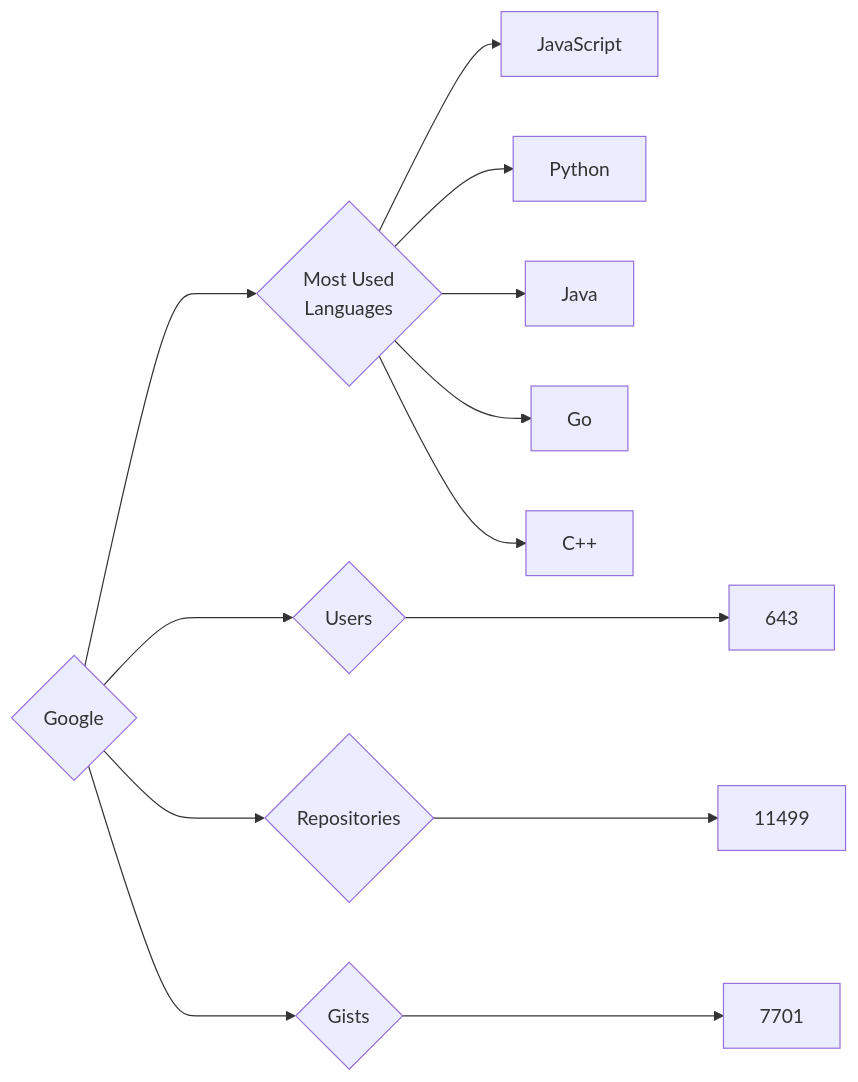
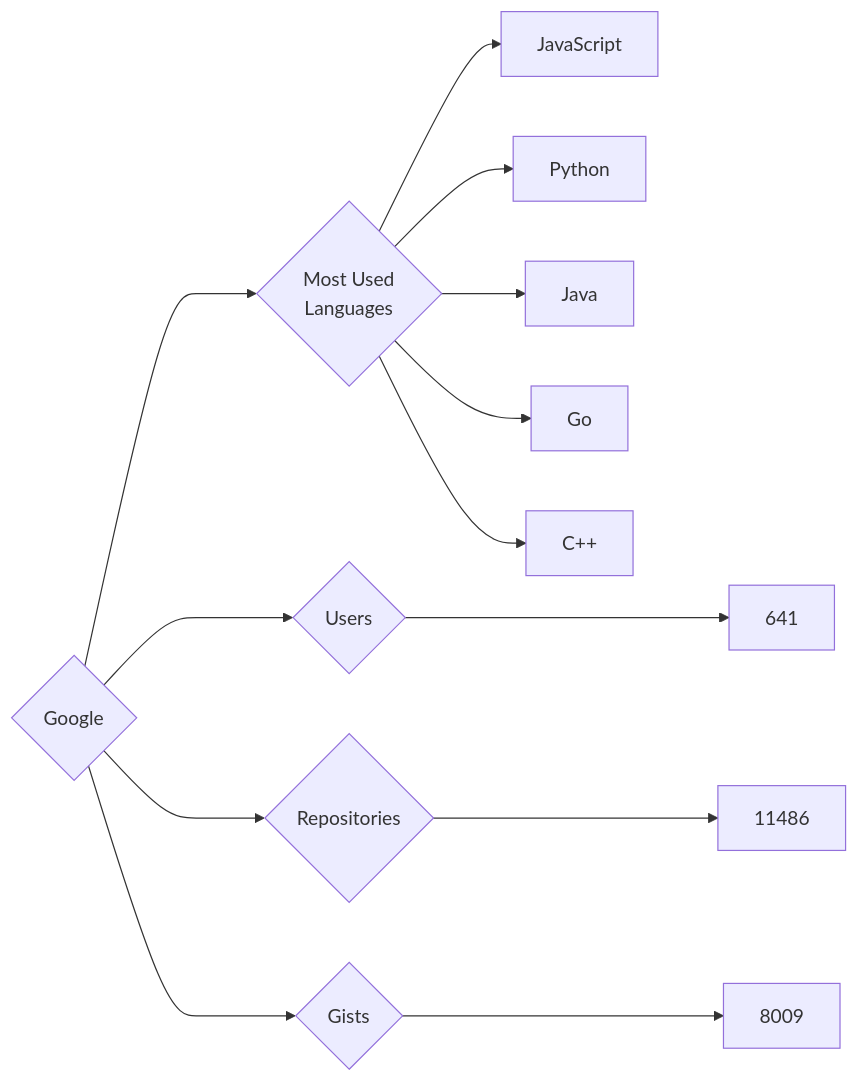
Before and after one commit to trickest/insiders: the diagram in targets/Google/README.md, drawn with Mermaid. The commit also changed 681 other files, not shown here.

````diff
--- a/targets/Google/README.md
+++ b/targets/Google/README.md
@@ -3,13 +3,13 @@
 ```mermaid
 graph LR
 COMPANY_NAME{Google}
-COMPANY_NAME ---> U{Users} ---> UN[643]
-COMPANY_NAME ---> R{Repositories} ---> RN[11499]
-COMPANY_NAME ---> G{Gists} ---> GN[7701]
+COMPANY_NAME ---> U{Users} ---> UN[641]
+COMPANY_NAME ---> R{Repositories} ---> RN[11486]
+COMPANY_NAME ---> G{Gists} ---> GN[8009]
 COMPANY_NAME ---> ML{Most Used<br>Languages}
 ML --> JavaScript[JavaScript]
 ML --> Python[Python]
 ML --> Java[Java]
 ML --> Go[Go]
 ML --> C++[C++]
 ```
````
